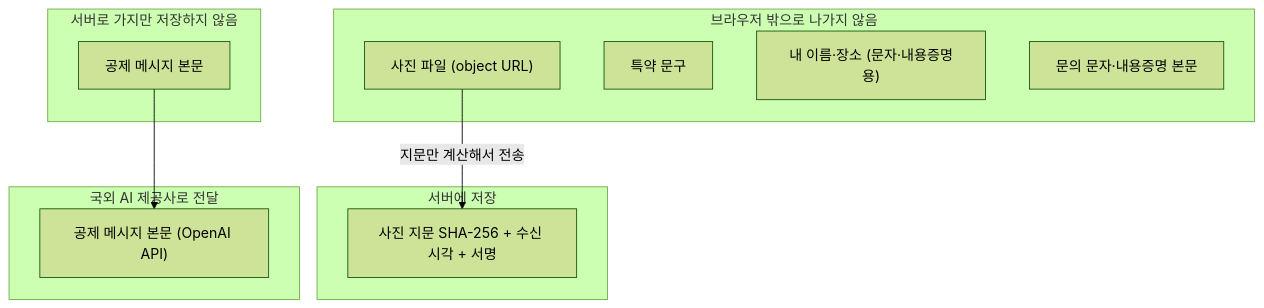
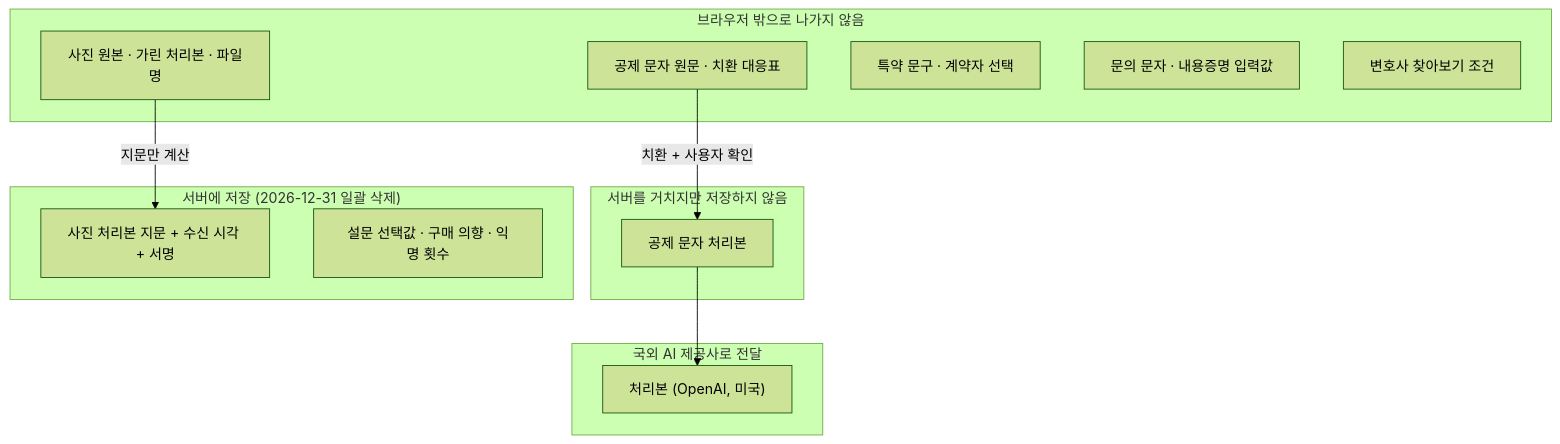
The fourth of 6 diagrams in docs/ARCHITECTURE.md (a1paka12/AIBuilder_Challenge), drawn with Mermaid (forest theme) before and after one commit. The commit also changed other lines of this file and 82 other files, not shown here.

````diff
--- a/docs/ARCHITECTURE.md
+++ b/docs/ARCHITECTURE.md
@@ -108,20 +135,23 @@
 ```mermaid
 flowchart TB
     subgraph KEEP["브라우저 밖으로 나가지 않음"]
-        P1["사진 파일 (object URL)"]
-        P2["특약 문구"]
-        P3["내 이름·장소 (문자·내용증명용)"]
-        P4["문의 문자·내용증명 본문"]
+        K1["공제 문자 원문 · 치환 대응표"]
+        K2["사진 원본 · 가린 처리본 · 파일명"]
+        K3["특약 문구 · 계약자 선택"]
+        K4["문의 문자 · 내용증명 입력값"]
+        K5["변호사 찾아보기 조건"]
     end
-    subgraph SRV["서버로 가지만 저장하지 않음"]
-        T1["공제 메시지 본문"]
-    end
-    subgraph STORE["서버에 저장"]
-        R1["사진 지문 SHA-256 + 수신 시각 + 서명"]
+    subgraph PASS["서버를 거치지만 저장하지 않음"]
+        P1["공제 문자 처리본"]
     end
     subgraph EXT["국외 AI 제공사로 전달"]
-        O1["공제 메시지 본문 (OpenAI API)"]
+        E1["처리본 (OpenAI, 미국)"]
     end
-    T1 --> O1
-    P1 -->|"지문만 계산해서 전송"| R1
+    subgraph STORE["서버에 저장 (2026-12-31 일괄 삭제)"]
+        S1["사진 처리본 지문 + 수신 시각 + 서명"]
+        S2["설문 선택값 · 구매 의향 · 익명 횟수"]
+    end
+    K1 -->|"치환 + 사용자 확인"| P1
+    P1 --> E1
+    K2 -->|"지문만 계산"| S1
 ```
````
